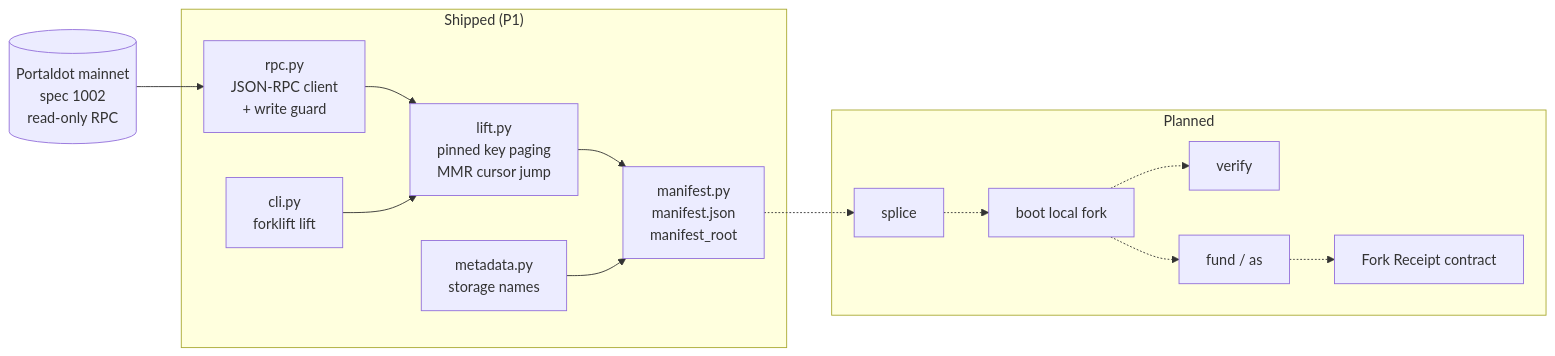
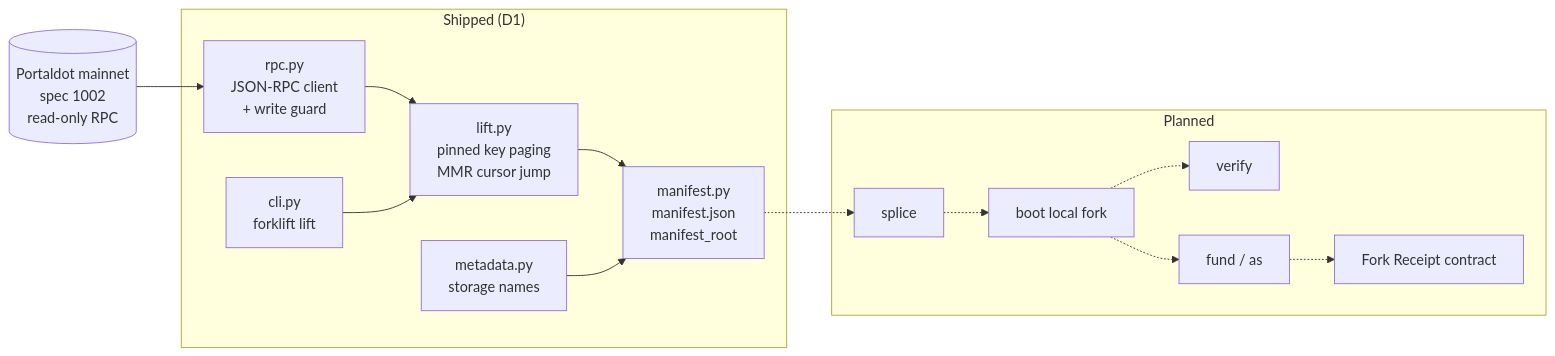
The diagram in README.md (edycutjong/portaldot-hackathon-2026-forklift-edycu), drawn with Mermaid before and after one commit. The commit also changed other lines of this file, not shown here.

````diff
--- a/README.md
+++ b/README.md
@@ -61,23 +62,23 @@
 ```mermaid
 flowchart LR
     M[("Portaldot mainnet\nspec 1002\nread-only RPC")]
-    subgraph shipped["Shipped (P1)"]
+    subgraph shipped["Shipped (D1)"]
       RPC["rpc.py\nJSON-RPC client\n+ write guard"]
       LIFT["lift.py\npinned key paging\nMMR cursor jump"]
       META["metadata.py\nstorage names"]
       MAN["manifest.py\nmanifest.json\nmanifest_root"]
       CLI["cli.py\nforklift lift"]
     end
     subgraph planned["Planned"]
       SPL["splice"]
       BOOT["boot local fork"]
       VER["verify"]
       ACT["fund / as"]
       REC["Fork Receipt contract"]
     end
     M --> RPC --> LIFT --> MAN
     META --> MAN
     CLI --> LIFT
     MAN -.-> SPL -.-> BOOT -.-> VER
     BOOT -.-> ACT -.-> REC
 ```
````
